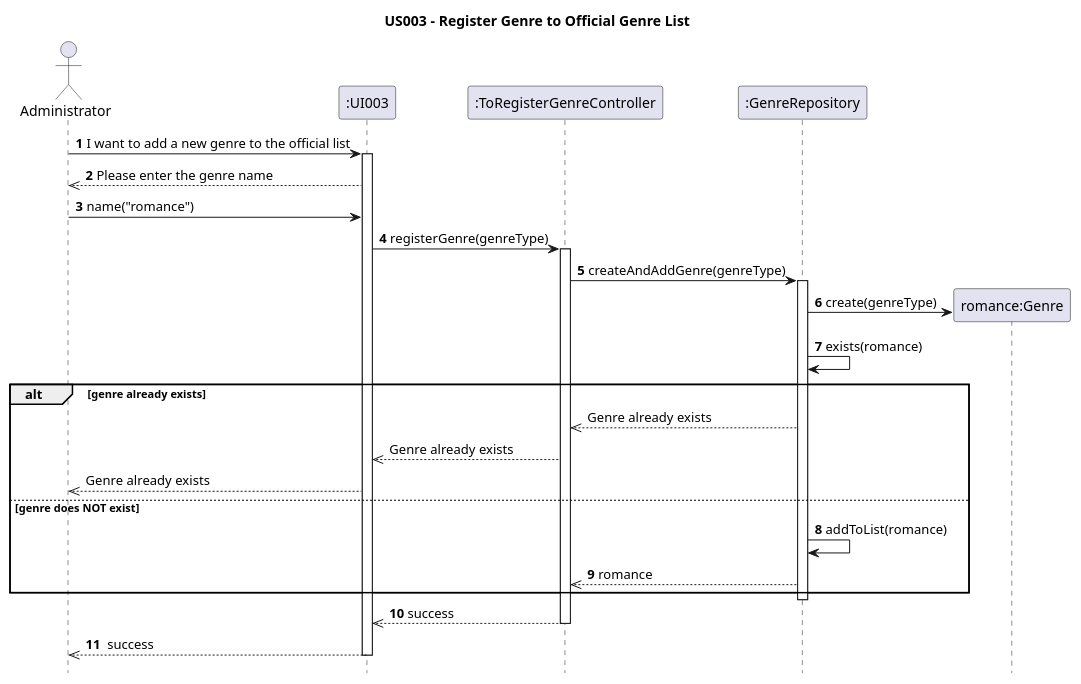
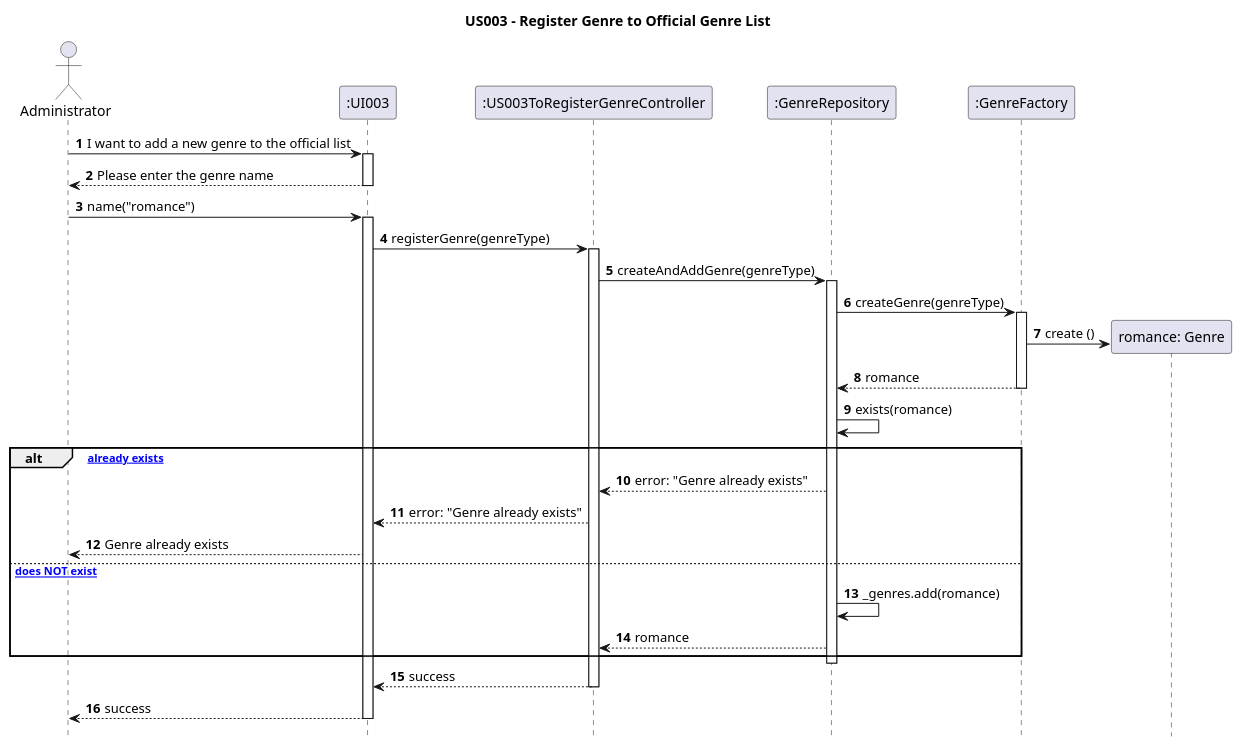
One commit to AndrePereiraGitH/SWitCH-Project-Team_A changed the diagram in Diagrams/SequenceDiagrams/N2/US003-to-add-a-publication-genre-to-the-genre-list.puml. Above: the diagram before and after it, drawn with PlantUML. The commit also changed 7 other files, not shown here.

```diff
--- a/Diagrams/SequenceDiagrams/N2/US003-to-add-a-publication-genre-to-the-genre-list.puml
+++ b/Diagrams/SequenceDiagrams/N2/US003-to-add-a-publication-genre-to-the-genre-list.puml
@@ -1,49 +1,57 @@
 @startuml
 hide footbox
+autonumber
+
 title US003 - Register Genre to Official Genre List
-
 
 actor Administrator
 participant ":UI003" as UI
+participant ":US003ToRegisterGenreController" as Controller
+participant ":GenreRepository" as GenreRepository
+participant ":GenreFactory" as GenreFactory
 
-participant ":ToRegisterGenreController" as RegisterGenreController
-
-participant ":GenreRepository" as GenreRepository
-
-Administrator -> UI : **1** I want to add a new genre to the official list
-
+Administrator -> UI : I want to add a new genre to the official list
 activate UI
 
-UI -->> Administrator : **2** Please enter the genre name
-Administrator -> UI : **3** name("romance")
+UI --> Administrator : Please enter the genre name
+deactivate UI
 
+Administrator -> UI : name("romance")
+activate UI
 
-UI -> RegisterGenreController : **4** registerGenre(genreType)
-activate RegisterGenreController
+UI -> Controller : registerGenre(genreType)
+activate Controller
 
-RegisterGenreController -> GenreRepository : **5** createAndAddGenre(genreType)
+Controller -> GenreRepository : createAndAddGenre(genreType)
 activate GenreRepository
 
-  create "romance:Genre" as Genre
+GenreRepository -> GenreFactory : createGenre(genreType)
+activate GenreFactory
 
-  GenreRepository -> Genre : **6** create(genreType)
-  GenreRepository -> GenreRepository : **7** exists(romance)
-  alt genre already exists
-    GenreRepository -->> RegisterGenreController : Genre already exists
-    RegisterGenreController -->> UI : Genre already exists
-    UI -->> Administrator : Genre already exists
-  else genre does NOT exist
-  GenreRepository -> GenreRepository : **8** addToList(romance)
-  GenreRepository  -->> RegisterGenreController : **9** romance
-  end
+create "romance: Genre"
+GenreFactory -> "romance: Genre" : create ()
+GenreFactory --> GenreRepository : romance
+deactivate GenreFactory
 
+GenreRepository -> GenreRepository : exists(romance)
+
+alt [genre already exists]
+    GenreRepository --> Controller : error: "Genre already exists"
+    Controller --> UI : error: "Genre already exists"
+    UI --> Administrator : Genre already exists
+
+else [genre does NOT exist]
+    GenreRepository -> GenreRepository : _genres.add(romance)
+    GenreRepository --> Controller : romance
+
+end
 
 deactivate GenreRepository
 
-RegisterGenreController -->> UI : **10** success
-deactivate RegisterGenreController
+Controller --> UI : success
+deactivate Controller
 
-UI -->> Administrator : **11**  success
+UI --> Administrator : success
 deactivate UI
 
 @enduml
```
